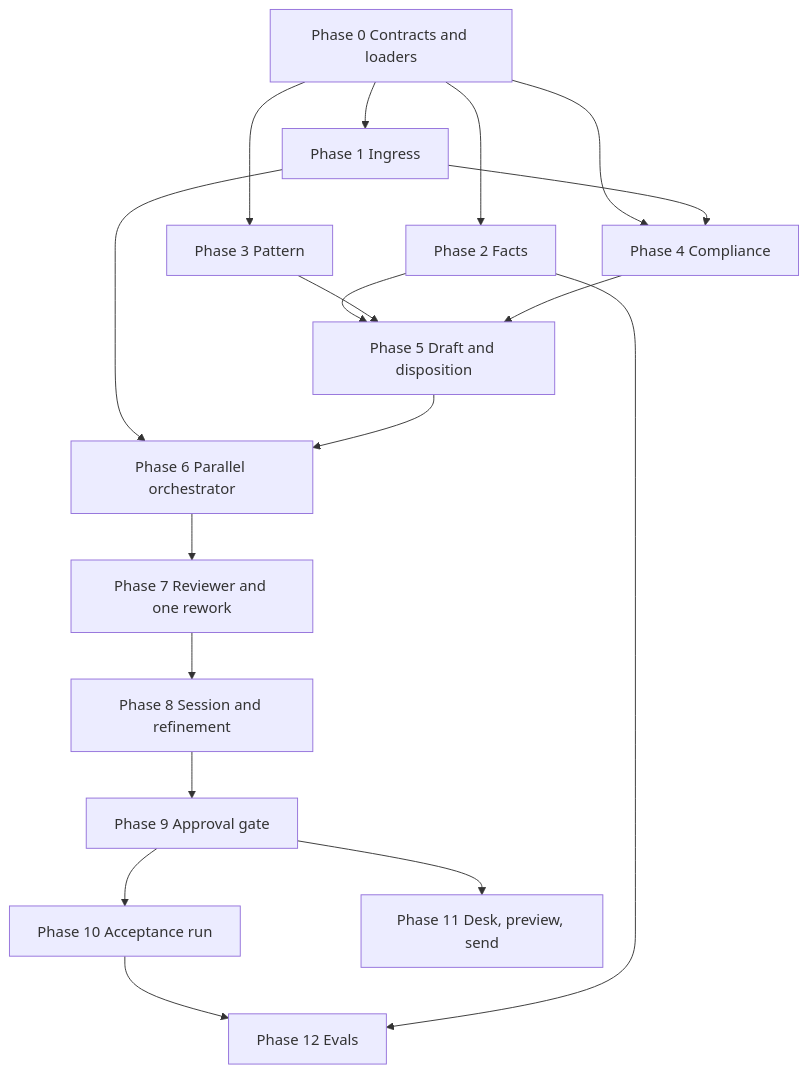
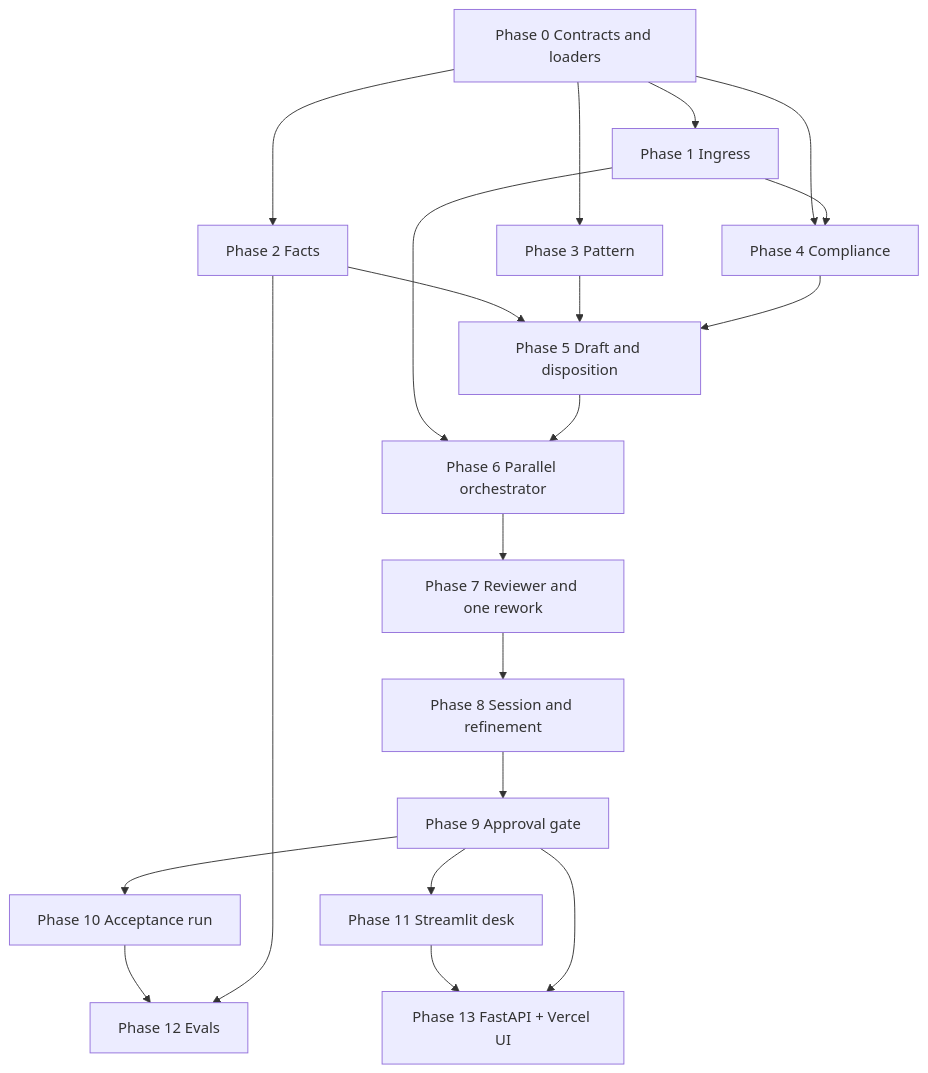
The diagram in docs/implementation-plan.md (manisdevs-git/multi-agentic-system), drawn with Mermaid before and after one commit. The commit also changed other lines of this file and 20 other files, not shown here.

First line of the commit message:
Split the desk into a FastAPI backend and a Vercel React frontend.

````diff
--- a/docs/implementation-plan.md
+++ b/docs/implementation-plan.md
@@ -53,34 +55,37 @@
 ```mermaid
 flowchart TD
   P0[Phase 0 Contracts and loaders]
   P1[Phase 1 Ingress]
   P2[Phase 2 Facts]
   P3[Phase 3 Pattern]
   P4[Phase 4 Compliance]
   P5[Phase 5 Draft and disposition]
   P6[Phase 6 Parallel orchestrator]
   P7[Phase 7 Reviewer and one rework]
   P8[Phase 8 Session and refinement]
   P9[Phase 9 Approval gate]
   P10[Phase 10 Acceptance run]
-  P11[Phase 11 Desk, preview, send]
+  P11[Phase 11 Streamlit desk]
   P12[Phase 12 Evals]
+  P13[Phase 13 FastAPI + Vercel UI]
 
   P0 --> P1
   P0 --> P2
   P0 --> P3
   P0 --> P4
   P1 --> P4
   P2 --> P5
   P3 --> P5
   P4 --> P5
   P1 --> P6
   P5 --> P6
   P6 --> P7
   P7 --> P8
   P8 --> P9
   P9 --> P10
   P9 --> P11
   P10 --> P12
   P2 --> P12
+  P11 --> P13
+  P9 --> P13
 ```
````
